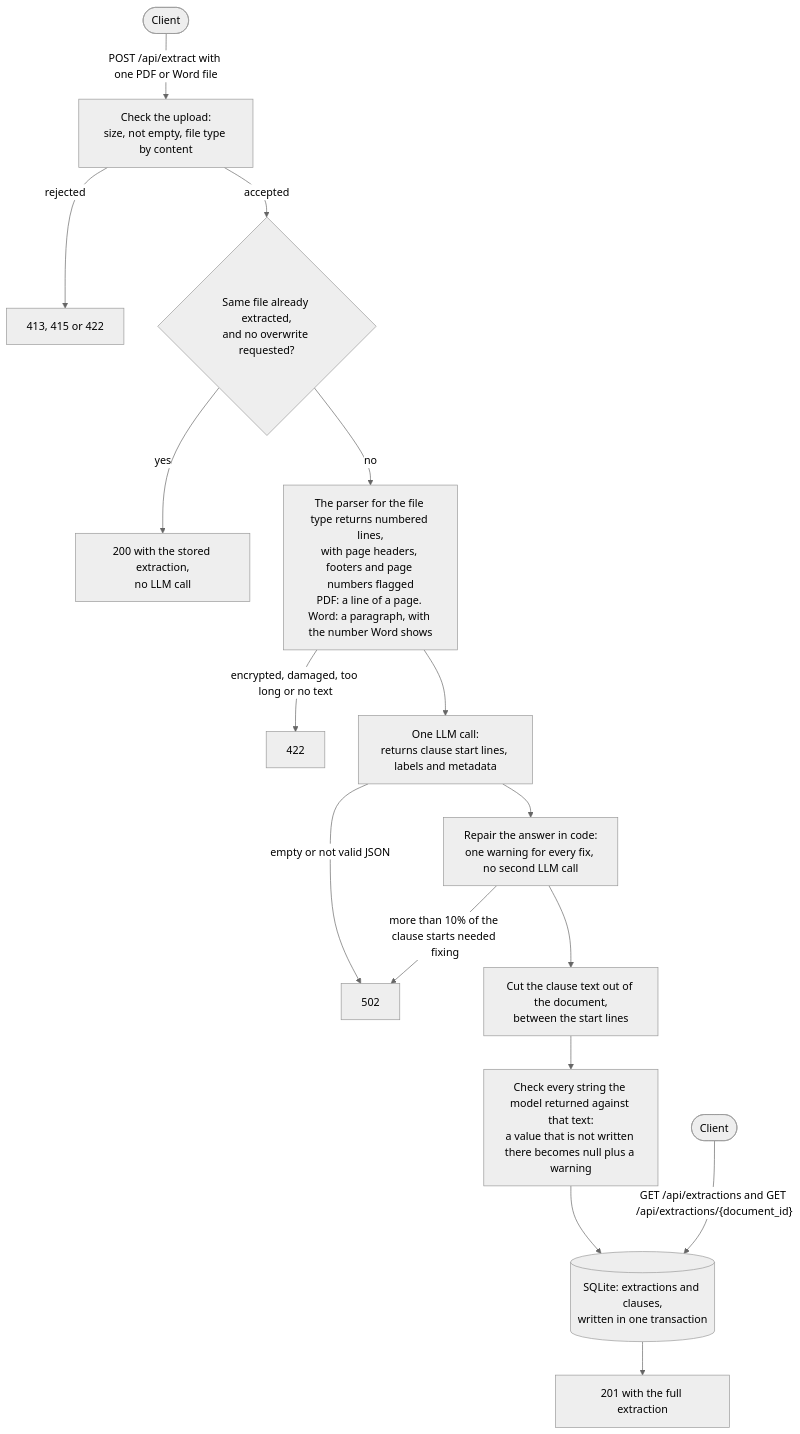
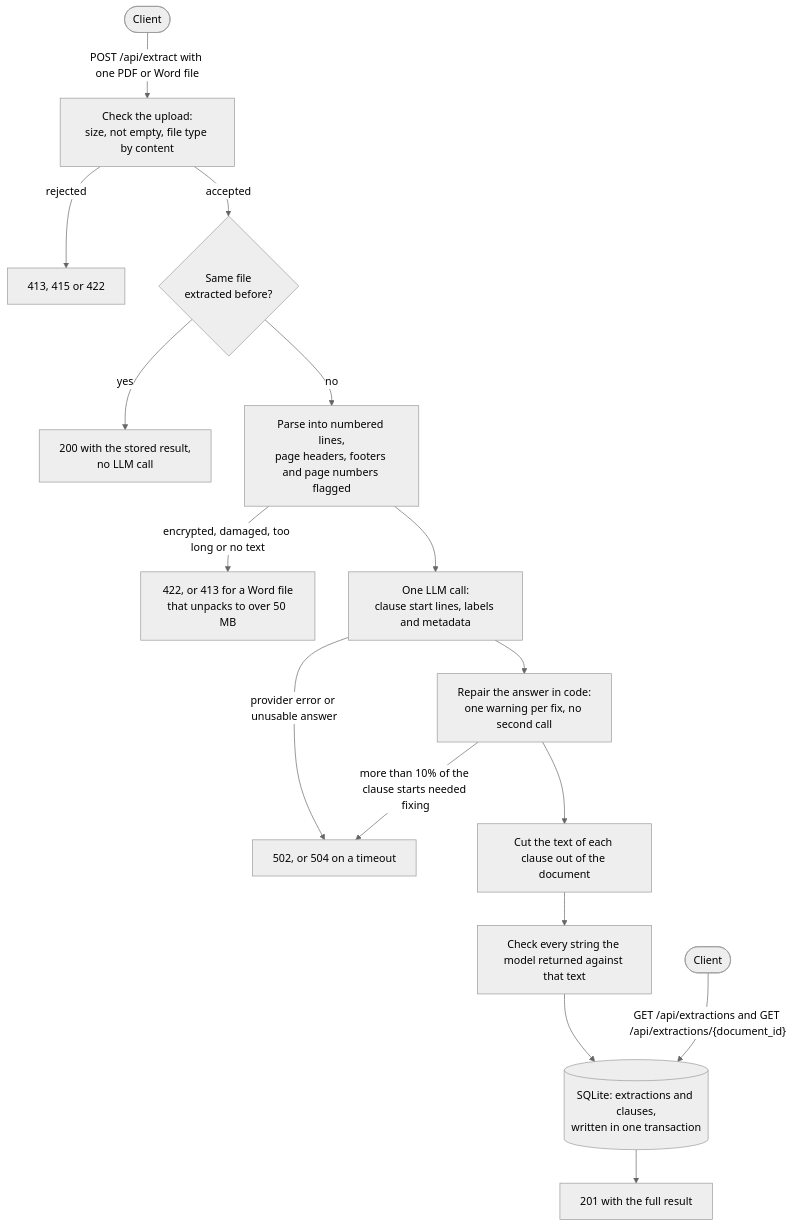
The diagram in README.md (abazaenis/legal-clause-extractor), drawn with Mermaid (neutral theme) before and after one commit. The commit also changed other lines of this file and 18 other files, not shown here.

````diff
--- a/README.md
+++ b/README.md
@@ -7,18 +7,18 @@
 ```mermaid
 flowchart TD
     client(["Client"]) -->|"POST /api/extract with one PDF or Word file"| checks["Check the upload:<br/>size, not empty, file type by content"]
     checks -->|"rejected"| reject["413, 415 or 422"]
-    checks -->|"accepted"| known{"Same file already extracted,<br/>and no overwrite requested?"}
-    known -->|"yes"| stored["200 with the stored extraction,<br/>no LLM call"]
-    known -->|"no"| parse["The parser for the file type returns numbered lines,<br/>with page headers, footers and page numbers flagged<br/>PDF: a line of a page. Word: a paragraph, with the number Word shows"]
-    parse -->|"encrypted, damaged, too long or no text"| unreadable["422"]
-    parse --> llm["One LLM call:<br/>returns clause start lines, labels and metadata"]
-    llm -->|"empty or not valid JSON"| fail["502"]
-    llm --> repair["Repair the answer in code:<br/>one warning for every fix, no second LLM call"]
+    checks -->|"accepted"| known{"Same file<br/>extracted before?"}
+    known -->|"yes"| stored["200 with the stored result,<br/>no LLM call"]
+    known -->|"no"| parse["Parse into numbered lines,<br/>page headers, footers and page numbers flagged"]
+    parse -->|"encrypted, damaged, too long or no text"| unreadable["422, or 413 for a Word file<br/>that unpacks to over 50 MB"]
+    parse --> llm["One LLM call:<br/>clause start lines, labels and metadata"]
+    llm -->|"provider error or unusable answer"| fail["502, or 504 on a timeout"]
+    llm --> repair["Repair the answer in code:<br/>one warning per fix, no second call"]
     repair -->|"more than 10% of the clause starts needed fixing"| fail
-    repair --> cut["Cut the clause text out of the document,<br/>between the start lines"]
-    cut --> verify["Check every string the model returned against that text:<br/>a value that is not written there becomes null plus a warning"]
+    repair --> cut["Cut the text of each clause out of the document"]
+    cut --> verify["Check every string the model returned against that text"]
     verify --> store[("SQLite: extractions and clauses,<br/>written in one transaction")]
-    store --> created["201 with the full extraction"]
+    store --> created["201 with the full result"]
     reader(["Client"]) -->|"GET /api/extractions and GET /api/extractions/{document_id}"| store
 ```
````
